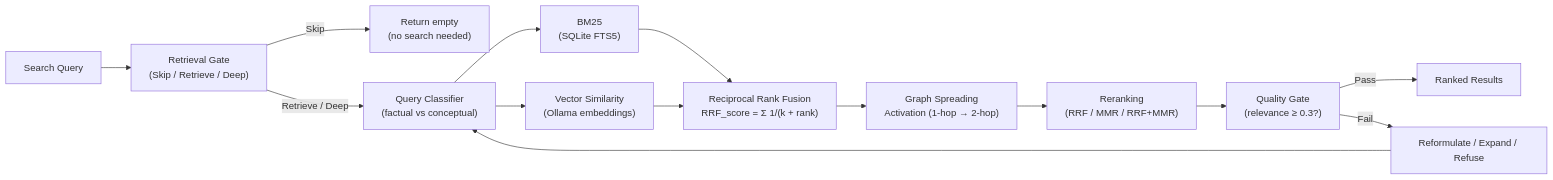
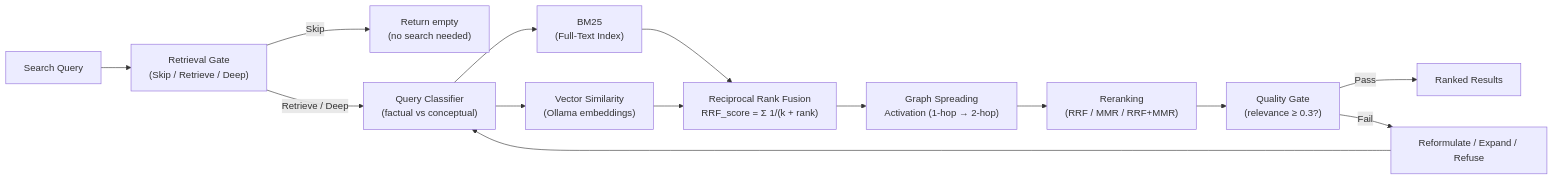
Before and after one commit to OpenPawz/openpawz: the second of 5 diagrams in ENGRAM.md, drawn with Mermaid. The commit also changed other lines of this file and 3 other files, not shown here.

First line of the commit message:
fix(mcp): include auth headers on SSE transport POSTs; inject vault credentials in flow executor

````diff
--- a/ENGRAM.md
+++ b/ENGRAM.md
@@ -280,16 +280,16 @@
 ```mermaid
 flowchart LR
     Q["Search Query"] --> RG["Retrieval Gate\n(Skip / Retrieve / Deep)"]
     RG -- Skip --> SKIP["Return empty\n(no search needed)"]
     RG -- Retrieve / Deep --> CL["Query Classifier\n(factual vs conceptual)"]
-    CL --> BM["BM25\n(SQLite FTS5)"]
+    CL --> BM["BM25\n(Full-Text Index)"]
     CL --> VS["Vector Similarity\n(Ollama embeddings)"]
     BM --> RRF["Reciprocal Rank Fusion\nRRF_score = Σ 1/(k + rank)"]
     VS --> RRF
     RRF --> SA["Graph Spreading\nActivation (1-hop → 2-hop)"]
     SA --> RR["Reranking\n(RRF / MMR / RRF+MMR)"]
     RR --> QG["Quality Gate\n(relevance ≥ 0.3?)"]
     QG -- Pass --> R["Ranked Results"]
     QG -- Fail --> RF["Reformulate / Expand / Refuse"]
     RF --> CL
 ```
````
